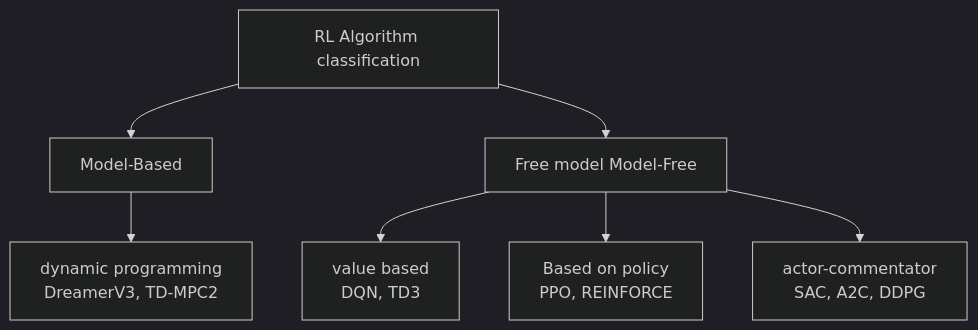
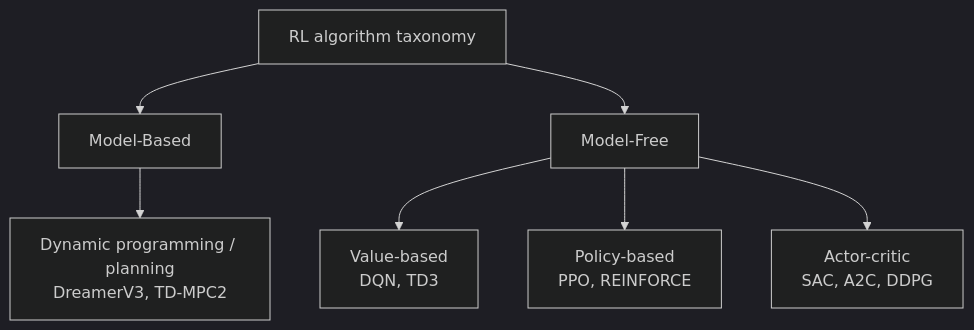
Before and after one commit to TingdeLiu/tingdeliu.github.io: the first of 24 diagrams in _translations/en/research/Reinforcement-Learning-Survey.md, drawn with Mermaid (dark theme). The commit also changed other lines of this file and 51 other files, not shown here.

````diff
--- a/_translations/en/research/Reinforcement-Learning-Survey.md
+++ b/_translations/en/research/Reinforcement-Learning-Survey.md
@@ -180,9 +180,9 @@
 ```mermaid
 graph TD
-    A["RL Algorithm classification"] --> B["Model-Based"]
-    A --> C["Free model Model-Free"]
-    B --> D["dynamic programming<br/>DreamerV3, TD-MPC2"]
-    C --> E["value based<br/>DQN, TD3"]
-    C --> F["Based on policy<br/>PPO, REINFORCE"]
-    C --> G["actor-commentator<br/>SAC, A2C, DDPG"]
+    A["RL algorithm taxonomy"] --> B["Model-Based"]
+    A --> C["Model-Free"]
+    B --> D["Dynamic programming / planning<br/>DreamerV3, TD-MPC2"]
+    C --> E["Value-based<br/>DQN, TD3"]
+    C --> F["Policy-based<br/>PPO, REINFORCE"]
+    C --> G["Actor-critic<br/>SAC, A2C, DDPG"]
 ```
````
